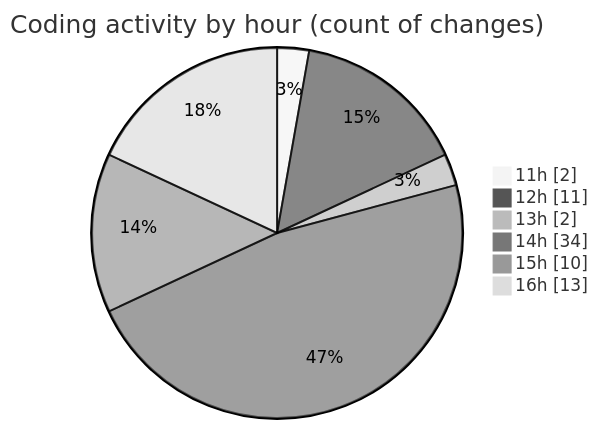
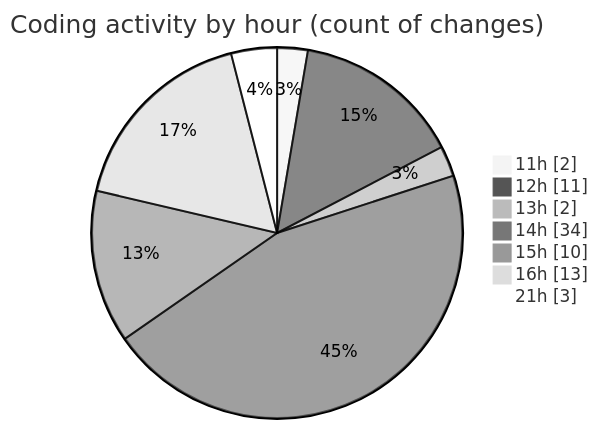
The second of 2 diagrams in 2025-09-10/cashcalc/README.md (nxtqubesakshisongat/code-tracking), drawn with Mermaid (neutral theme) before and after one commit. The commit also changed other lines of this file and 1 other file, not shown here.

````diff
--- a/2025-09-10/cashcalc/README.md
+++ b/2025-09-10/cashcalc/README.md
@@ -47,10 +47,11 @@
 ```mermaid
 pie showData
 title Coding activity by hour (count of changes)
 "11h" : 2
 "12h" : 11
 "13h" : 2
 "14h" : 34
 "15h" : 10
 "16h" : 13
+"21h" : 3
 ```
````
